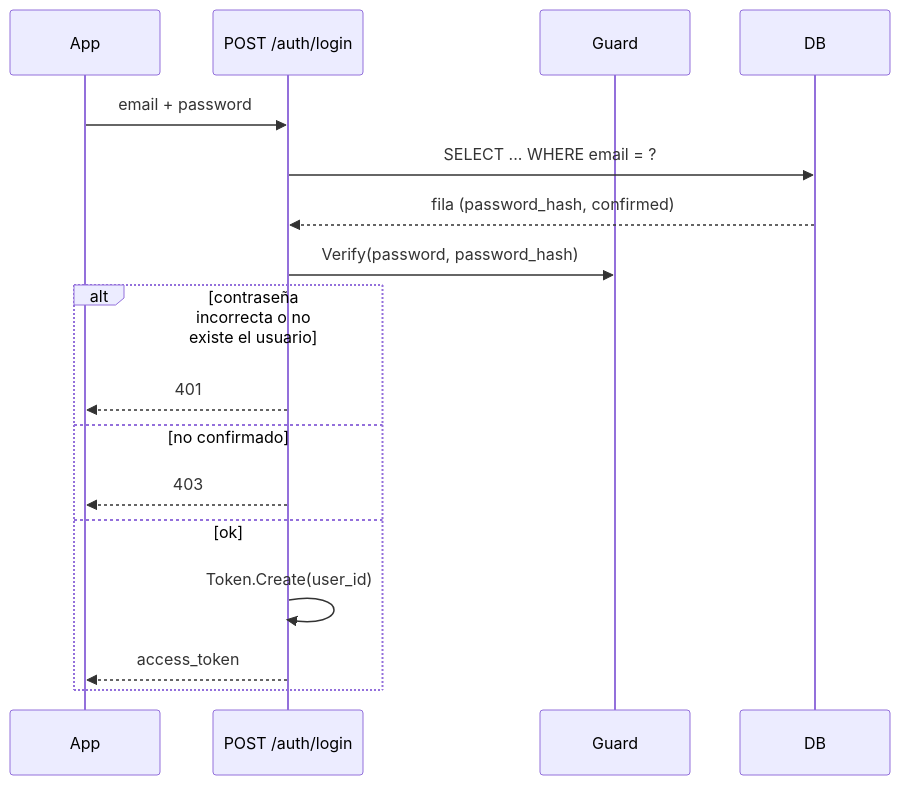
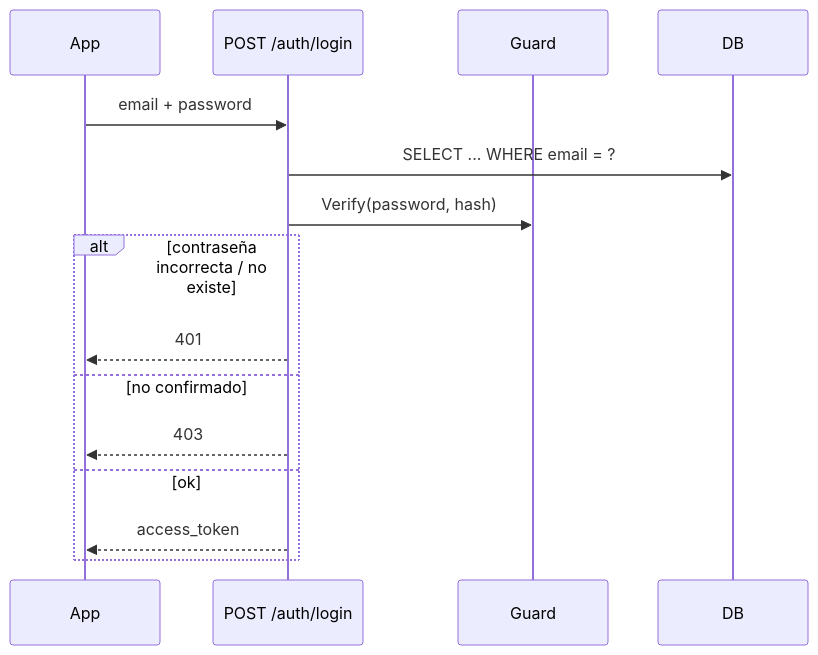
One commit to skellent/iOS-compiler changed the diagram in docs/es/backend/auth.md. Above: the diagram before and after it, drawn with Mermaid. The commit also changed other lines of this file and 25 other files, not shown here.

````diff
--- a/docs/es/backend/auth.md
+++ b/docs/es/backend/auth.md
@@ -46,20 +44,18 @@
 ```mermaid
 sequenceDiagram
     participant App
     participant Auth as POST /auth/login
     participant Guard
     participant DB
 
     App->>Auth: email + password
     Auth->>DB: SELECT ... WHERE email = ?
-    DB-->>Auth: fila (password_hash, confirmed)
-    Auth->>Guard: Verify(password, password_hash)
-    alt contraseña incorrecta o no existe el usuario
+    Auth->>Guard: Verify(password, hash)
+    alt contraseña incorrecta / no existe
         Auth-->>App: 401
     else no confirmado
         Auth-->>App: 403
     else ok
-        Auth->>Auth: Token.Create(user_id)
         Auth-->>App: access_token
     end
 ```
````
